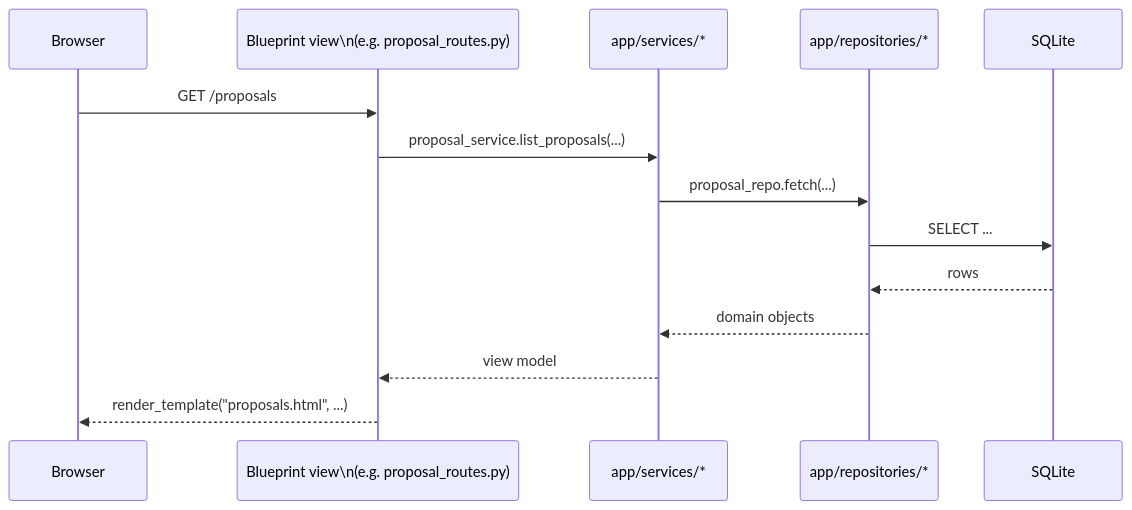
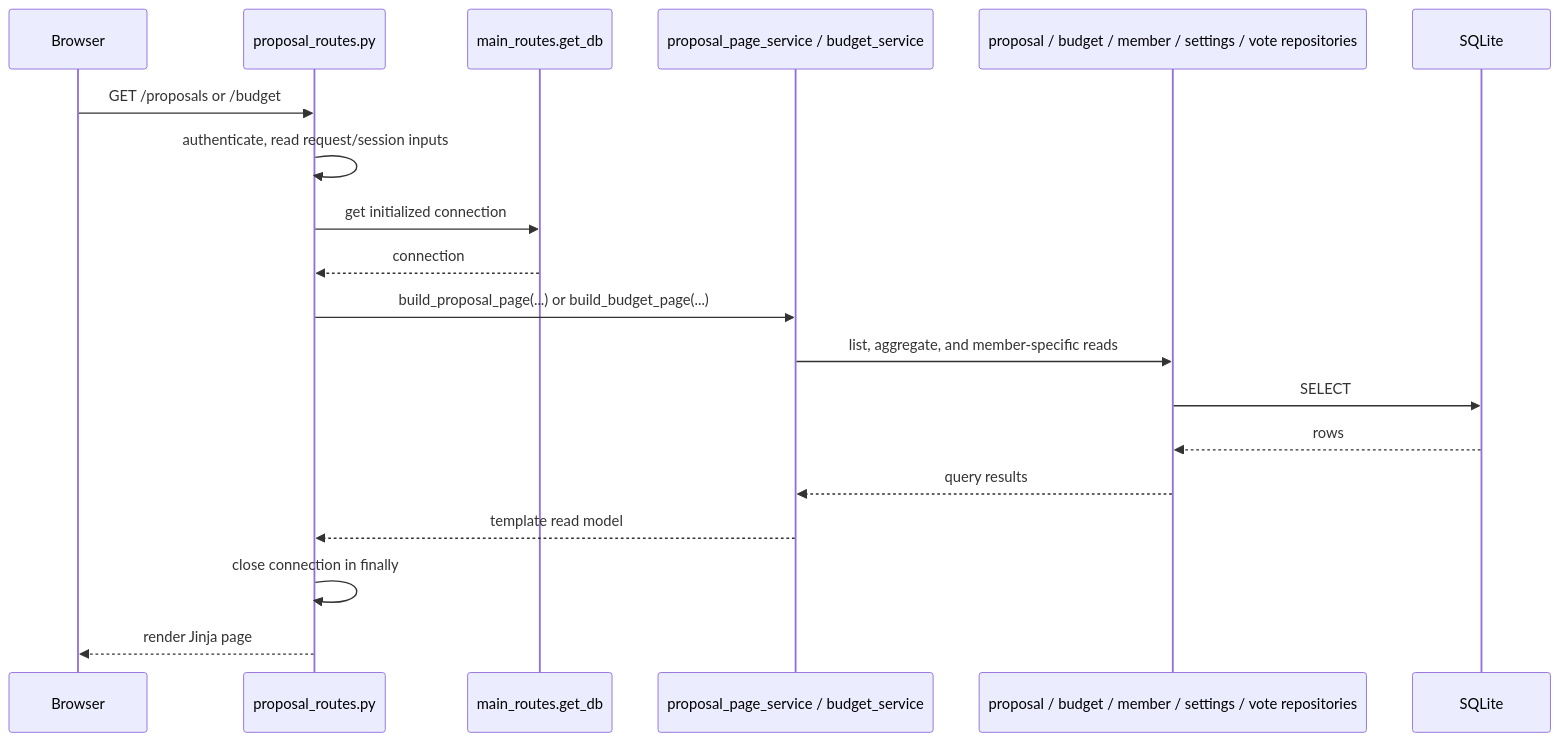
Before and after one commit to makespacemadrid/manavote: the second of 10 diagrams in docs/DIAGRAMS.md, drawn with Mermaid. The commit also changed other lines of this file and 86 other files, not shown here.

````diff
--- a/docs/DIAGRAMS.md
+++ b/docs/DIAGRAMS.md
@@ -69,17 +74,22 @@
 ```mermaid
 sequenceDiagram
     participant Browser
-    participant Blueprint as Blueprint view\n(e.g. proposal_routes.py)
-    participant Service as app/services/*
-    participant Repo as app/repositories/*
+    participant Blueprint as proposal_routes.py
+    participant Adapter as main_routes.get_db
+    participant Service as proposal_page_service / budget_service
+    participant Repo as proposal / budget / member / settings / vote repositories
     participant DB as SQLite
 
-    Browser->>Blueprint: GET /proposals
-    Blueprint->>Service: proposal_service.list_proposals(...)
-    Service->>Repo: proposal_repo.fetch(...)
-    Repo->>DB: SELECT ...
+    Browser->>Blueprint: GET /proposals or /budget
+    Blueprint->>Blueprint: authenticate, read request/session inputs
+    Blueprint->>Adapter: get initialized connection
+    Adapter-->>Blueprint: connection
+    Blueprint->>Service: build_proposal_page(...) or build_budget_page(...)
+    Service->>Repo: list, aggregate, and member-specific reads
+    Repo->>DB: SELECT
     DB-->>Repo: rows
-    Repo-->>Service: domain objects
-    Service-->>Blueprint: view model
-    Blueprint-->>Browser: render_template("proposals.html", ...)
+    Repo-->>Service: query results
+    Service-->>Blueprint: template read model
+    Blueprint->>Blueprint: close connection in finally
+    Blueprint-->>Browser: render Jinja page
 ```
````
